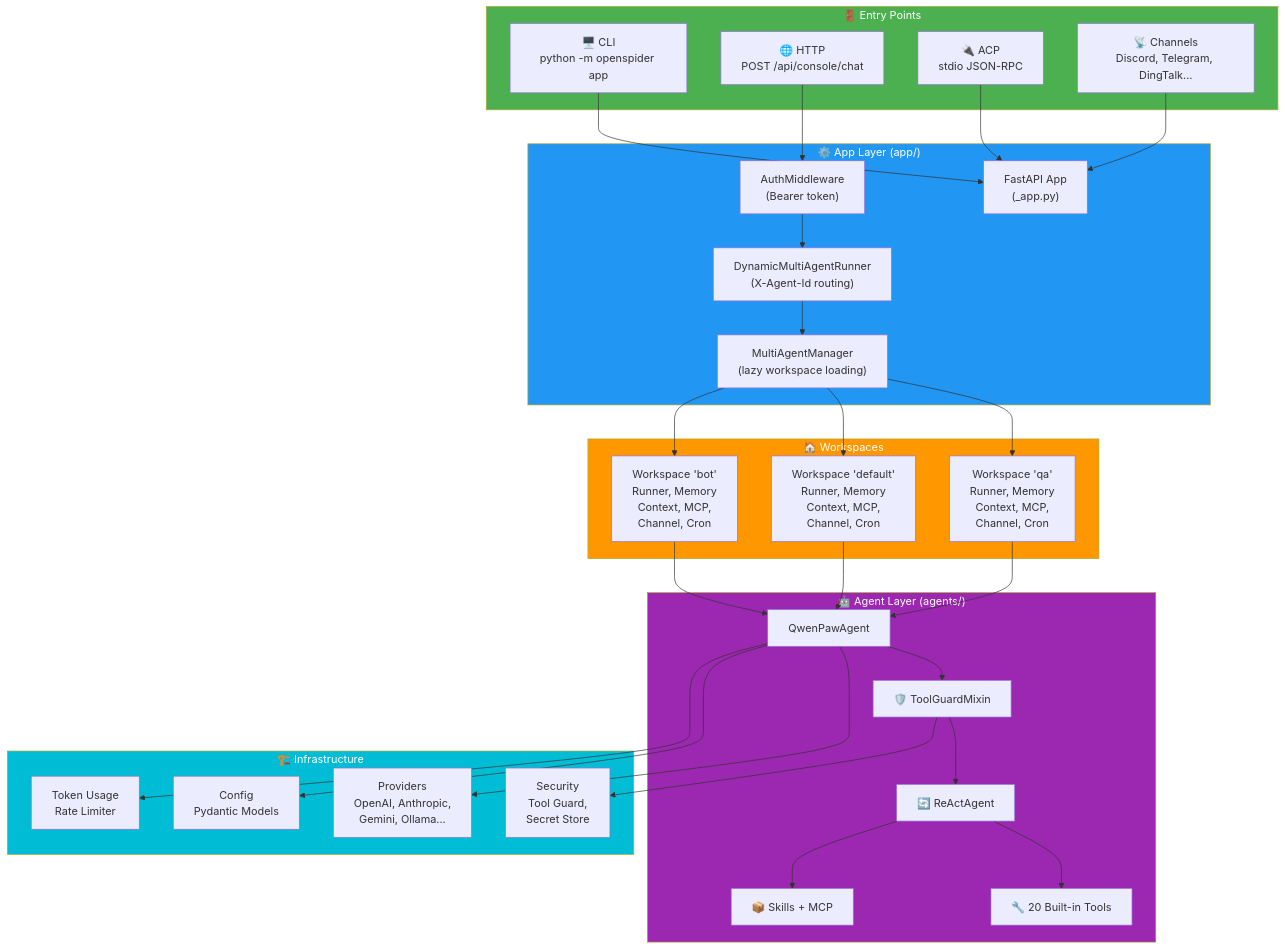
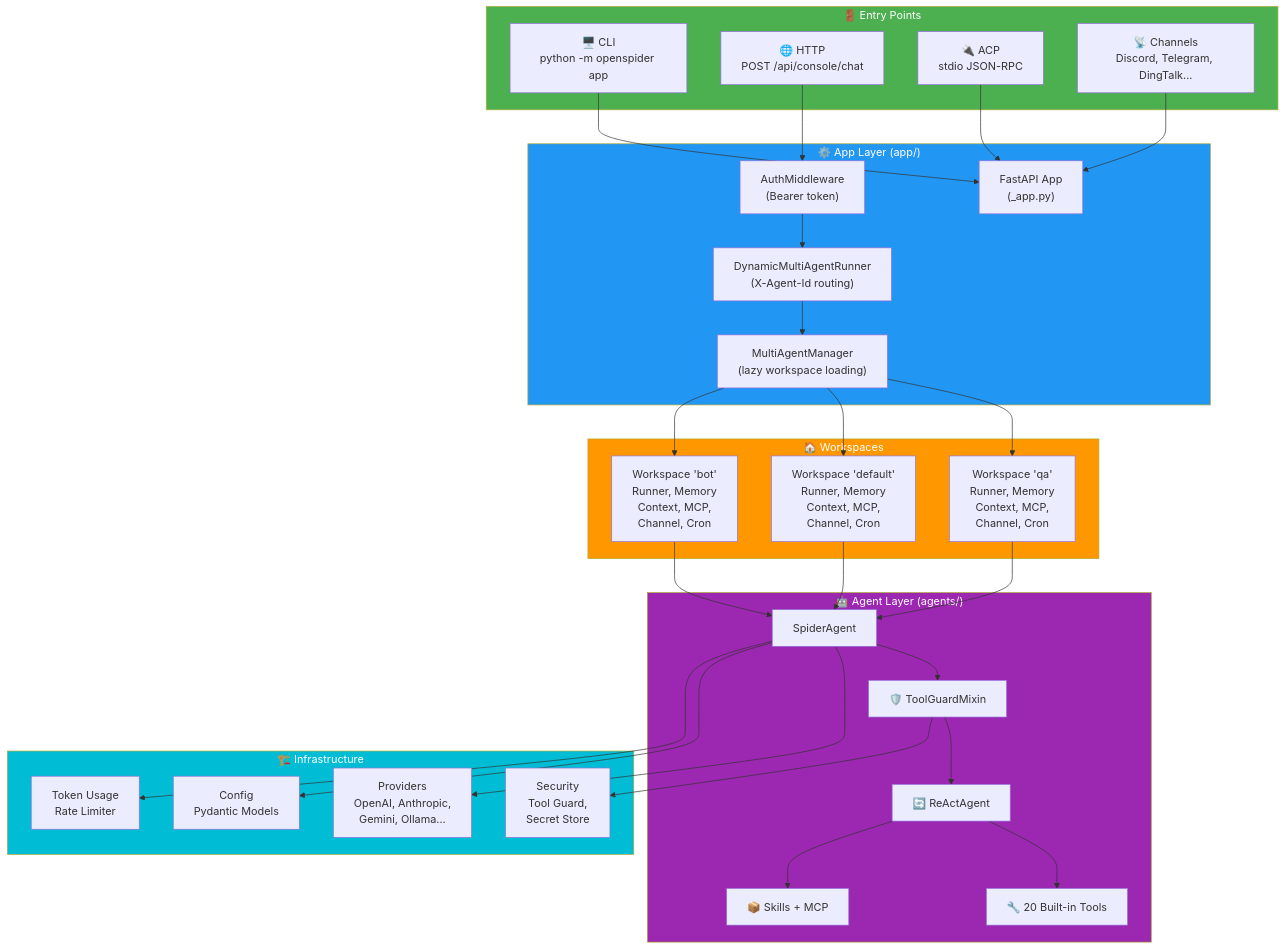
One commit to phamdinhdat-ai/SpiderAgents changed the diagram in docs/01-overview.md. Above: the diagram before and after it, drawn with Mermaid. The commit also changed other lines of this file and 37 other files, not shown here.

````diff
--- a/docs/01-overview.md
+++ b/docs/01-overview.md
@@ -9,68 +9,68 @@
 ```mermaid
 flowchart TD
     subgraph Entry["🚪 Entry Points"]
         CLI["🖥️ CLI<br/>python -m openspider app"]
         HTTP["🌐 HTTP<br/>POST /api/console/chat"]
         ACP["🔌 ACP<br/>stdio JSON-RPC"]
         CH["📡 Channels<br/>Discord, Telegram, DingTalk..."]
     end
     
     subgraph AppLayer["⚙️ App Layer (app/)"]
         FASTAPI["FastAPI App<br/>(_app.py)"]
         AUTH["AuthMiddleware<br/>(Bearer token)"]
         DMR["DynamicMultiAgentRunner<br/>(X-Agent-Id routing)"]
         MAM["MultiAgentManager<br/>(lazy workspace loading)"]
     end
     
     subgraph Workspaces["🏠 Workspaces"]
         WS1["Workspace 'qa'<br/>Runner, Memory<br/>Context, MCP,<br/>Channel, Cron"]
         WS2["Workspace 'default'<br/>Runner, Memory<br/>Context, MCP,<br/>Channel, Cron"]
         WS3["Workspace 'bot'<br/>Runner, Memory<br/>Context, MCP,<br/>Channel, Cron"]
     end
     
     subgraph Agent["🤖 Agent Layer (agents/)"]
-        AGENT["QwenPawAgent"]
+        AGENT["SpiderAgent"]
         GUARD["🛡️ ToolGuardMixin"]
         REACT["🔄 ReActAgent"]
         TOOLS["🔧 20 Built-in Tools"]
         SKILLS["📦 Skills + MCP"]
     end
     
     subgraph Infra["🏗️ Infrastructure"]
         PROV["Providers<br/>OpenAI, Anthropic,<br/>Gemini, Ollama..."]
         SEC["Security<br/>Tool Guard,<br/>Secret Store"]
         CFG["Config<br/>Pydantic Models"]
         TOKEN["Token Usage<br/>Rate Limiter"]
     end
     
     CLI --> FASTAPI
     HTTP --> AUTH
     ACP --> FASTAPI
     CH --> FASTAPI
     
     AUTH --> DMR
     DMR --> MAM
     MAM --> WS1
     MAM --> WS2
     MAM --> WS3
     
     WS1 --> AGENT
     WS2 --> AGENT
     WS3 --> AGENT
     
     AGENT --> GUARD
     GUARD --> REACT
     REACT --> TOOLS
     REACT --> SKILLS
     
     AGENT --> PROV
     GUARD --> SEC
     AGENT --> CFG
     AGENT --> TOKEN
 
     style Entry fill:#4CAF50,color:#fff
     style AppLayer fill:#2196F3,color:#fff
     style Workspaces fill:#FF9800,color:#fff
     style Agent fill:#9C27B0,color:#fff
     style Infra fill:#00BCD4,color:#fff
 ```
````
